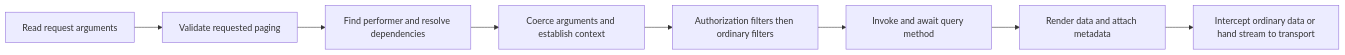
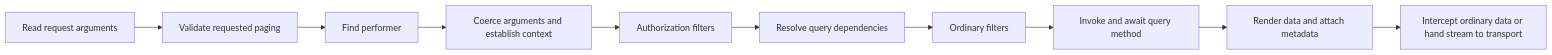
The diagram in Documentation/backend/csharp/queries/query-pipeline.md (Cratis/Arc), drawn with Mermaid before and after one commit. The commit also changed other lines of this file and 43 other files, not shown here.

````diff
--- a/Documentation/backend/csharp/queries/query-pipeline.md
+++ b/Documentation/backend/csharp/queries/query-pipeline.md
@@ -12,10 +12,12 @@
 ```mermaid
 flowchart LR
     Request[Read request arguments] --> Paging[Validate requested paging]
-    Paging --> Resolve[Find performer and resolve dependencies]
-    Resolve --> Context[Coerce arguments and establish context]
-    Context --> Filters[Authorization filters then ordinary filters]
+    Paging --> Find[Find performer]
+    Find --> Context[Coerce arguments and establish context]
+    Context --> Authorize[Authorization filters]
+    Authorize --> Resolve[Resolve query dependencies]
+    Resolve --> Filters[Ordinary filters]
     Filters --> Performer[Invoke and await query method]
     Performer --> Render[Render data and attach metadata]
     Render --> Output[Intercept ordinary data or hand stream to transport]
 ```
````
